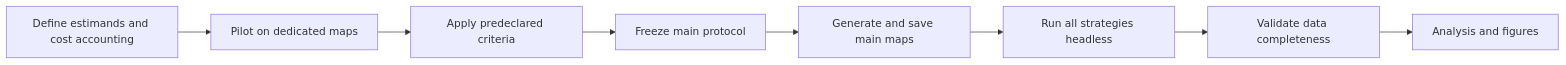
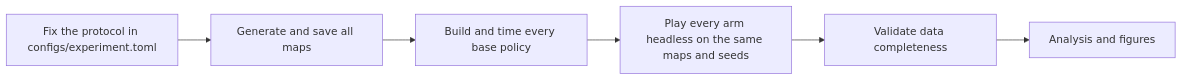
The second of 2 diagrams in docs/experiment-design.md (Mariojamjam/frozen-lake), drawn with Mermaid before and after one commit. The commit also changed other lines of this file and 2 other files, not shown here.

Commit message:
docs: describe the fixed experiment and the benchmark

````diff
--- a/docs/experiment-design.md
+++ b/docs/experiment-design.md
@@ -747,10 +762,8 @@
 ```mermaid
 flowchart LR
-  A[Define estimands and cost accounting] --> B[Pilot on dedicated maps]
-  B --> C[Apply predeclared criteria]
-  C --> D[Freeze main protocol]
-  D --> E[Generate and save main maps]
-  E --> F[Run all strategies headless]
-  F --> G[Validate data completeness]
-  G --> H[Analysis and figures]
+  A[Fix the protocol in configs/experiment.toml] --> B[Generate and save all maps]
+  B --> C[Build and time every base policy]
+  C --> D[Play every arm headless on the same maps and seeds]
+  D --> E[Validate data completeness]
+  E --> F[Analysis and figures]
 ```
````
